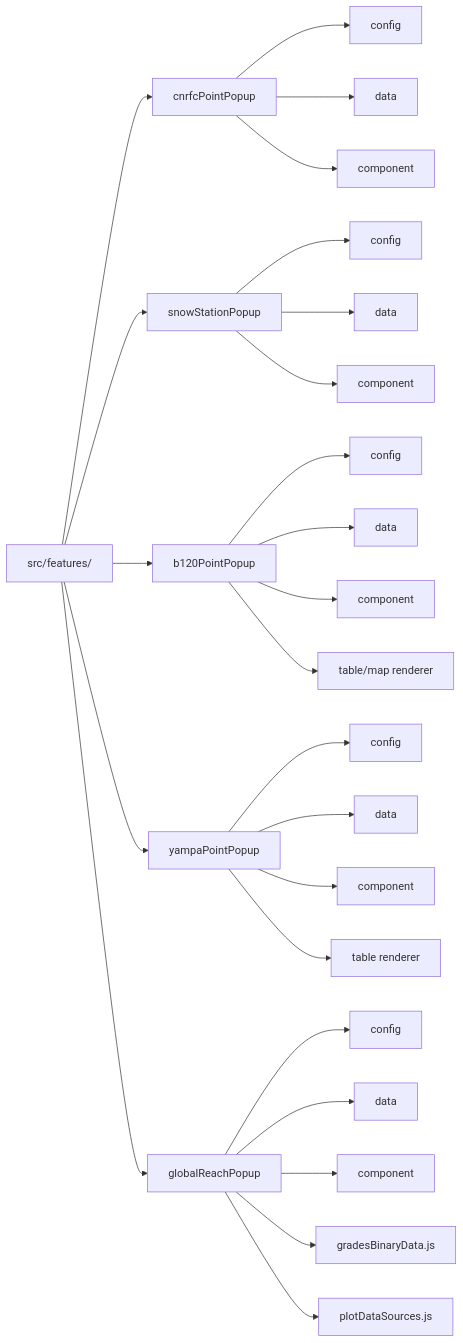
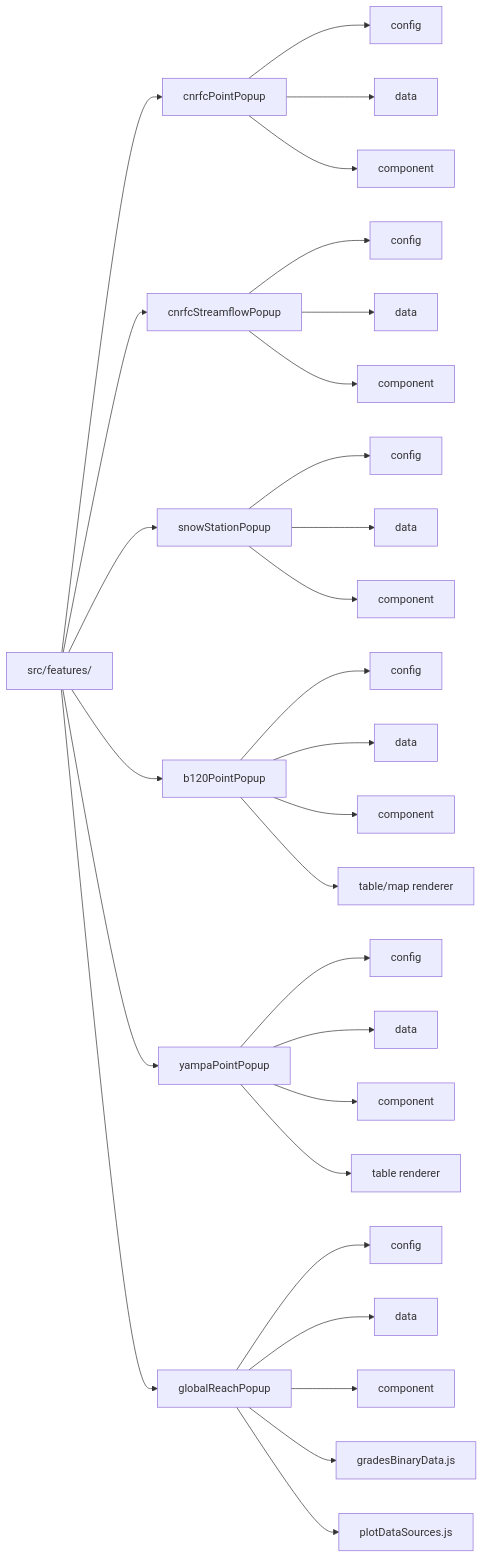
The sixth of 9 diagrams in docs/structure-diagrams.md (fallspinach/hydromet-map), drawn with Mermaid before and after one commit. The commit also changed other lines of this file and 12 other files, not shown here.

Commit message:
Added binary data fetch/parse and two-tab popup (NRT/Forecast and Retrospective) to the cnrfcStreamflow layer.

````diff
--- a/docs/structure-diagrams.md
+++ b/docs/structure-diagrams.md
@@ -142,33 +143,38 @@
 ```mermaid
 flowchart LR
     F[src/features/]
     F --> A[cnrfcPointPopup]
-    F --> B[snowStationPopup]
-    F --> C[b120PointPopup]
-    F --> D[yampaPointPopup]
-    F --> E[globalReachPopup]
+    F --> B[cnrfcStreamflowPopup]
+    F --> C[snowStationPopup]
+    F --> D[b120PointPopup]
+    F --> E[yampaPointPopup]
+    F --> G[globalReachPopup]
 
     A --> A1[config]
     A --> A2[data]
     A --> A3[component]
 
     B --> B1[config]
     B --> B2[data]
     B --> B3[component]
 
     C --> C1[config]
     C --> C2[data]
     C --> C3[component]
-    C --> C4[table/map renderer]
 
     D --> D1[config]
     D --> D2[data]
     D --> D3[component]
-    D --> D4[table renderer]
+    D --> D4[table/map renderer]
 
     E --> E1[config]
     E --> E2[data]
     E --> E3[component]
-    E --> E4[gradesBinaryData.js]
-    E --> E5[plotDataSources.js]
+    E --> E4[table renderer]
+
+    G --> G1[config]
+    G --> G2[data]
+    G --> G3[component]
+    G --> G4[gradesBinaryData.js]
+    G --> G5[plotDataSources.js]
 ```
````
